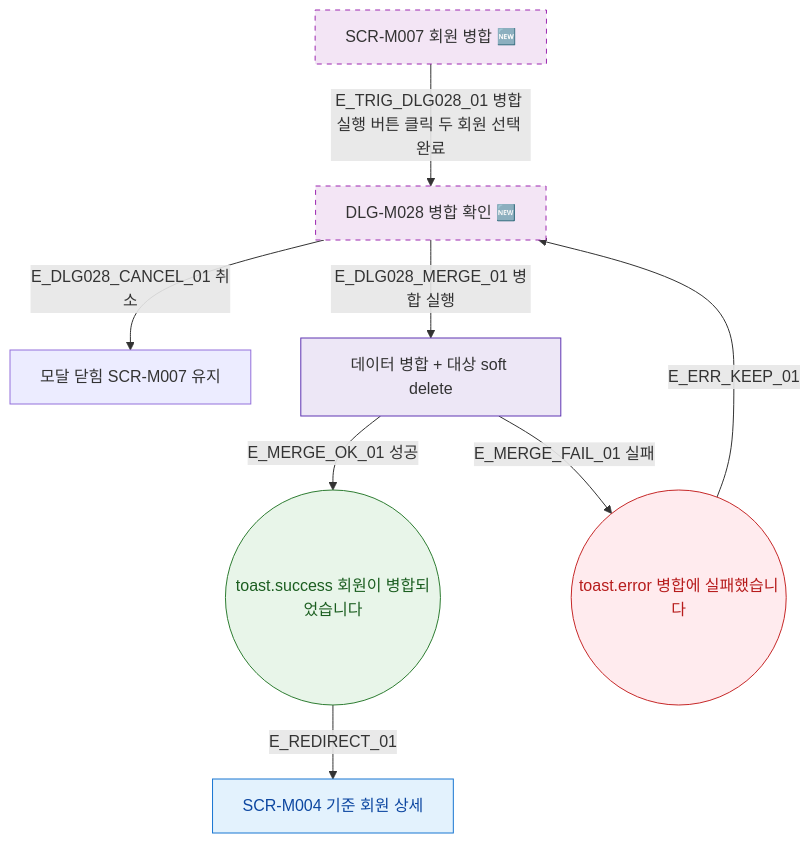
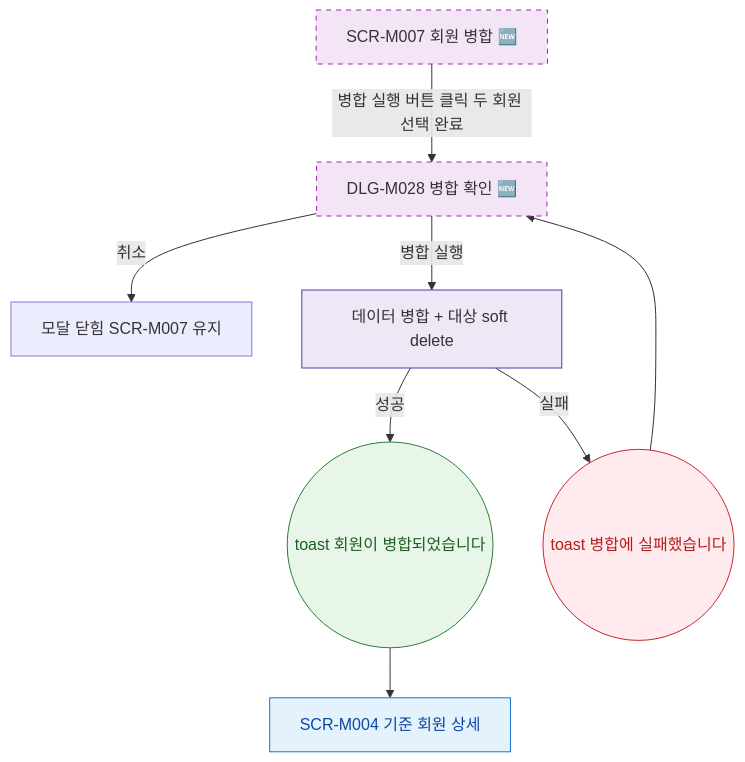
Before and after one commit to dev-spogym/admin-pando: the diagram in docs/다이어그램/D02_회원관리/SCR-M007_회원병합/F5_모달트리거.md, drawn with Mermaid. The commit also changed other lines of this file and 1660 other files, not shown here.

First line of the commit message:
다이어그램: 기획자/클라이언트 납품본으로 정리

````diff
--- a/docs/다이어그램/D02_회원관리/SCR-M007_회원병합/F5_모달트리거.md
+++ b/docs/다이어그램/D02_회원관리/SCR-M007_회원병합/F5_모달트리거.md
@@ -22,27 +20,27 @@
 ```mermaid
 flowchart TD
   SCR_M007[SCR-M007 회원 병합 🆕]
 
-  SCR_M007 -->|E_TRIG_DLG028_01 병합 실행 버튼 클릭 두 회원 선택 완료| DLG_M028[DLG-M028 병합 확인 🆕]
+  SCR_M007 -->|병합 실행 버튼 클릭 두 회원 선택 완료|DLG_M028[DLG-M028 병합 확인 🆕]
 
-  DLG_M028 -->|E_DLG028_CANCEL_01 취소| CLOSE[모달 닫힘 SCR-M007 유지]
-  DLG_M028 -->|E_DLG028_MERGE_01 병합 실행| API_MERGE[데이터 병합 + 대상 soft delete]
+  DLG_M028 -->|취소|CLOSE[모달 닫힘 SCR-M007 유지]
+  DLG_M028 -->|병합 실행|API_MERGE[데이터 병합 + 대상 soft delete]
 
-  API_MERGE -->|E_MERGE_OK_01 성공| TOAST_OK((toast.success 회원이 병합되었습니다))
-  API_MERGE -->|E_MERGE_FAIL_01 실패| TOAST_ERR((toast.error 병합에 실패했습니다))
+  API_MERGE -->|성공|TOAST_OK((toast 회원이 병합되었습니다))
+  API_MERGE -->|실패|TOAST_ERR((toast 병합에 실패했습니다))
 
-  TOAST_OK -->|E_REDIRECT_01| SCR_M004[SCR-M004 기준 회원 상세]
-  TOAST_ERR -->|E_ERR_KEEP_01| DLG_M028
+  TOAST_OK --> SCR_M004[SCR-M004 기준 회원 상세]
+  TOAST_ERR --> DLG_M028
 
-  classDef screen     fill:#E3F2FD,stroke:#1976D2,color:#0D47A1
+  classDef screen fill:#E3F2FD,stroke:#1976D2,color:#0D47A1
   classDef newFeature fill:#F3E5F5,stroke:#9C27B0,stroke-dasharray:5 5
-  classDef success    fill:#E8F5E9,stroke:#2E7D32,color:#1B5E20
-  classDef error      fill:#FFEBEE,stroke:#C62828,color:#B71C1C
-  classDef system     fill:#EDE7F6,stroke:#5E35B2
+  classDef success fill:#E8F5E9,stroke:#2E7D32,color:#1B5E20
+  classDef error fill:#FFEBEE,stroke:#C62828,color:#B71C1C
+  classDef system fill:#EDE7F6,stroke:#5E35B2
 
   class SCR_M004 screen
   class SCR_M007,DLG_M028 newFeature
   class TOAST_OK success
   class TOAST_ERR error
   class API_MERGE system
 ```
````
